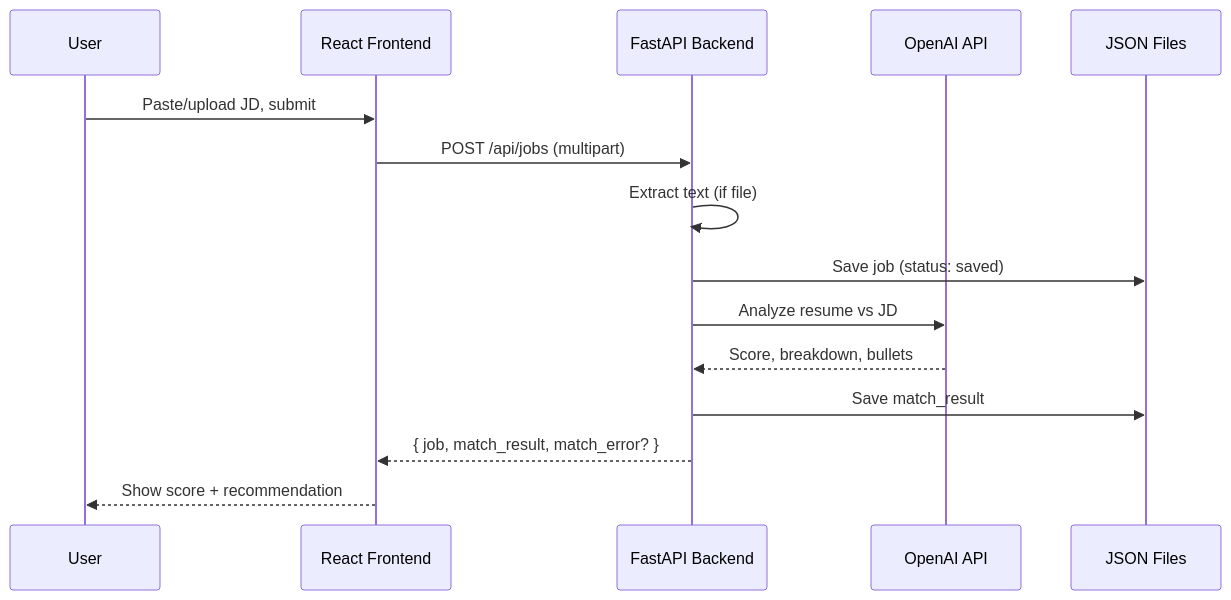
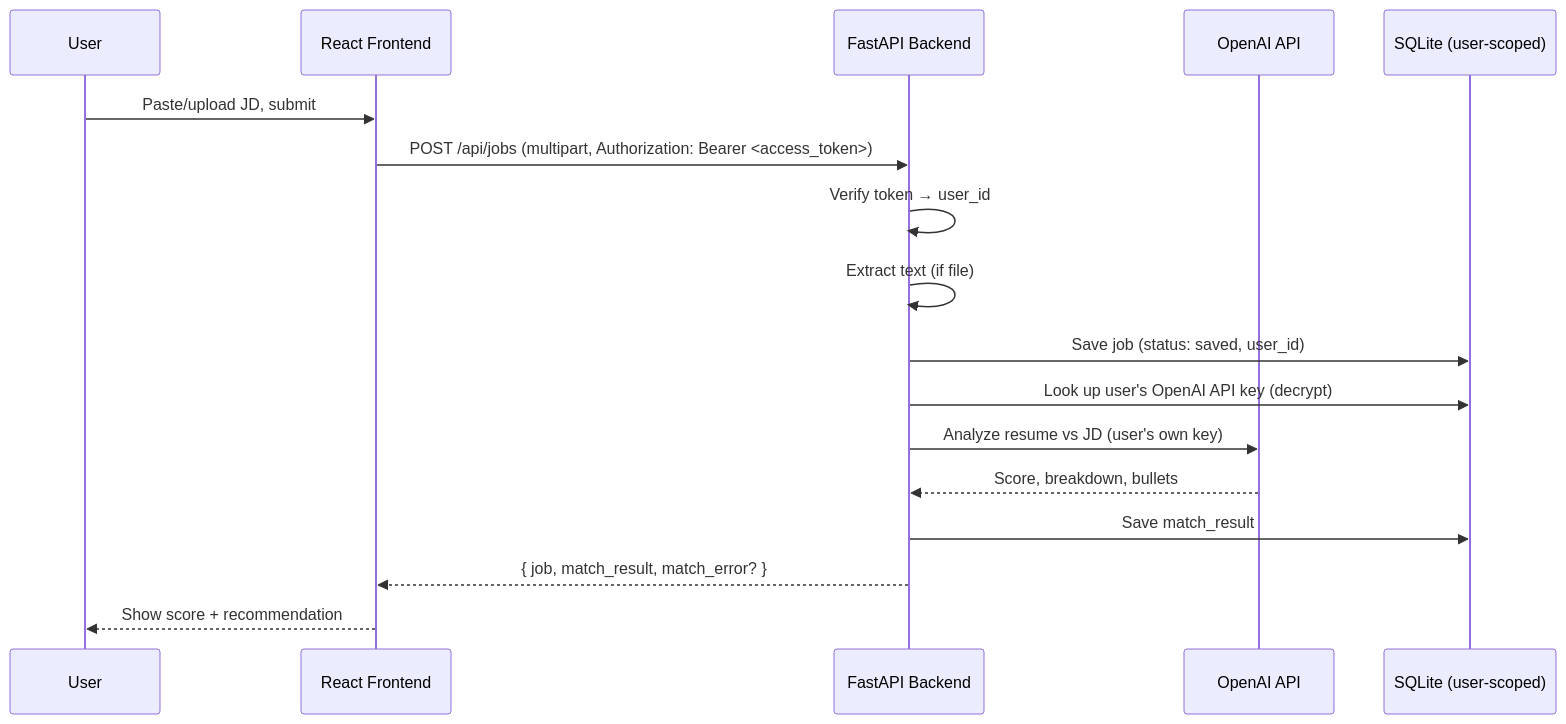
The second of 3 diagrams in README.md (evasun8/resume-job-match-tracker), drawn with Mermaid before and after one commit. The commit also changed other lines of this file and 1 other file, not shown here.

````diff
--- a/README.md
+++ b/README.md
@@ -49,18 +57,20 @@
 ```mermaid
 sequenceDiagram
     participant U as User
     participant FE as React Frontend
     participant BE as FastAPI Backend
     participant LLM as OpenAI API
-    participant FS as JSON Files
+    participant DB as SQLite (user-scoped)
 
     U->>FE: Paste/upload JD, submit
-    FE->>BE: POST /api/jobs (multipart)
+    FE->>BE: POST /api/jobs (multipart, Authorization: Bearer <access_token>)
+    BE->>BE: Verify token → user_id
     BE->>BE: Extract text (if file)
-    BE->>FS: Save job (status: saved)
-    BE->>LLM: Analyze resume vs JD
+    BE->>DB: Save job (status: saved, user_id)
+    BE->>DB: Look up user's OpenAI API key (decrypt)
+    BE->>LLM: Analyze resume vs JD (user's own key)
     LLM-->>BE: Score, breakdown, bullets
-    BE->>FS: Save match_result
+    BE->>DB: Save match_result
     BE-->>FE: { job, match_result, match_error? }
     FE-->>U: Show score + recommendation
 ```
````
